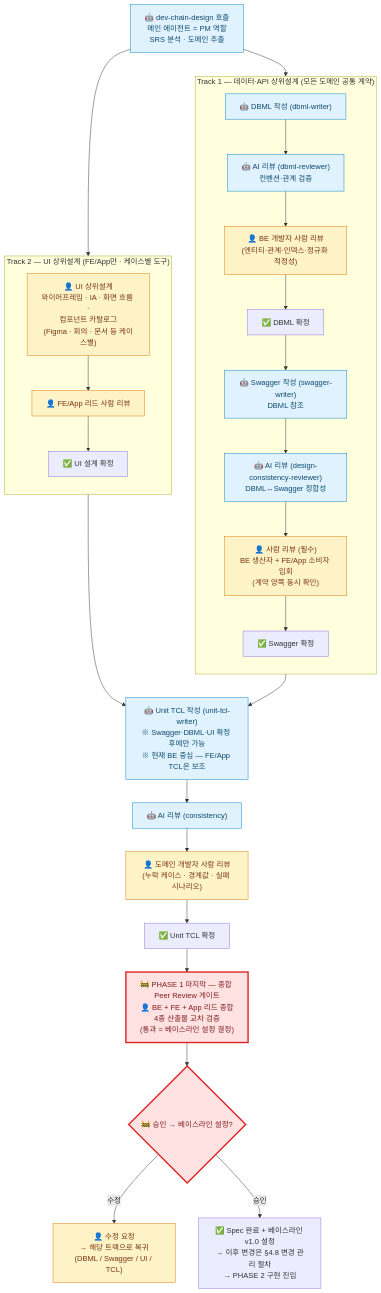
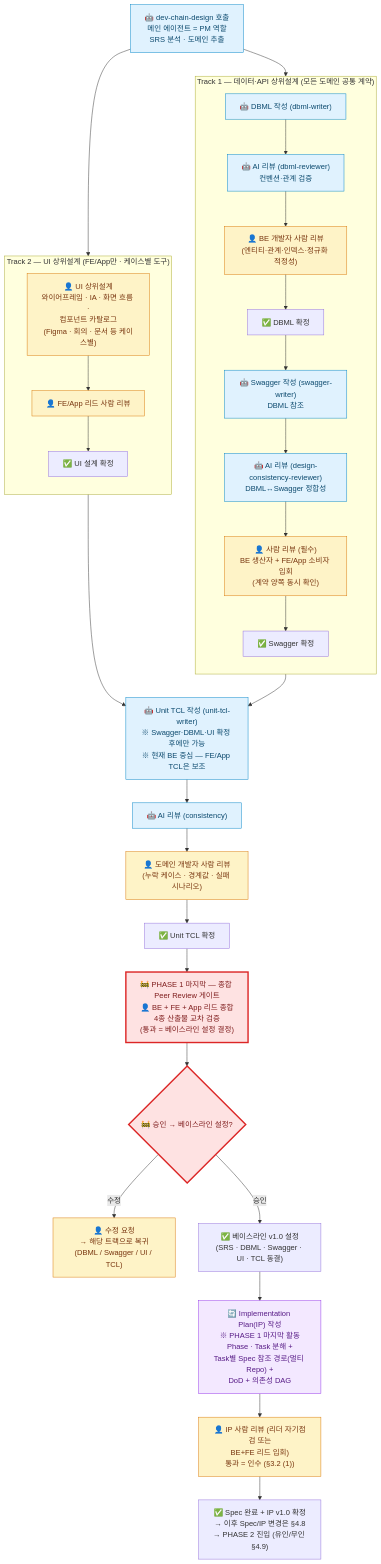
One commit to gracegyu/munto-dev-assistant-report changed the fifth of 9 diagrams in reports/2026-05-harness-TO-BE.md. Above: the diagram before and after it, drawn with Mermaid. The commit also changed other lines of this file and 5 other files, not shown here.

````diff
--- a/reports/2026-05-harness-TO-BE.md
+++ b/reports/2026-05-harness-TO-BE.md
@@ -451,50 +453,53 @@
 ```mermaid
 flowchart TD
     START["🤖 dev-chain-design 호출<br/>메인 에이전트 = PM 역할<br/>SRS 분석 · 도메인 추출"]:::ai
 
     subgraph T1 ["Track 1 — 데이터·API 상위설계 (모든 도메인 공통 계약)"]
         direction TB
         D1["🤖 DBML 작성 (dbml-writer)"]:::ai
         D2["🤖 AI 리뷰 (dbml-reviewer)<br/>컨벤션·관계 검증"]:::ai
         D3["👤 BE 개발자 사람 리뷰<br/>(엔티티·관계·인덱스·정규화 적정성)"]:::human
         D4["✅ DBML 확정"]
         S1["🤖 Swagger 작성 (swagger-writer)<br/>DBML 참조"]:::ai
         S2["🤖 AI 리뷰 (design-consistency-reviewer)<br/>DBML↔Swagger 정합성"]:::ai
         S3["👤 사람 리뷰 (필수)<br/>BE 생산자 + FE/App 소비자 입회<br/>(계약 양쪽 동시 확인)"]:::human
         S4["✅ Swagger 확정"]
 
         D1 --> D2 --> D3 --> D4 --> S1 --> S2 --> S3 --> S4
     end
 
     subgraph T2 ["Track 2 — UI 상위설계 (FE/App만 · 케이스별 도구)"]
         direction TB
         U1["👤 UI 상위설계<br/>와이어프레임 · IA · 화면 흐름 ·<br/>컴포넌트 카탈로그<br/>(Figma · 회의 · 문서 등 케이스별)"]:::human
         U2["👤 FE/App 리드 사람 리뷰"]:::human
         U3["✅ UI 설계 확정"]
 
         U1 --> U2 --> U3
     end
 
     T3["🤖 Unit TCL 작성 (unit-tcl-writer)<br/>※ Swagger·DBML·UI 확정 후에만 가능<br/>※ 현재 BE 중심 — FE/App TCL은 보조"]:::ai
     T4["🤖 AI 리뷰 (consistency)"]:::ai
     T5["👤 도메인 개발자 사람 리뷰<br/>(누락 케이스 · 경계값 · 실패 시나리오)"]:::human
     T6["✅ Unit TCL 확정"]
 
     GATE["🚧 PHASE 1 마지막 — 종합 Peer Review 게이트<br/>👤 BE + FE + App 리드 종합<br/>4종 산출물 교차 검증<br/>(통과 = 베이스라인 설정 결정)"]:::gate
     GDEC{"🚧 승인 → 베이스라인 설정?"}:::gate
     GFIX["👤 수정 요청<br/>→ 해당 트랙으로 복귀<br/>(DBML / Swagger / UI / TCL)"]:::human
-    DONE["✅ Spec 완료 + 베이스라인 v1.0 설정<br/>→ 이후 변경은 §4.8 변경 관리 절차<br/>→ PHASE 2 구현 진입"]
+    BASE["✅ 베이스라인 v1.0 설정<br/>(SRS · DBML · Swagger · UI · TCL 동결)"]
+    IP1["🔄 Implementation Plan(IP) 작성<br/>※ PHASE 1 마지막 활동<br/>Phase · Task 분해 +<br/>Task별 Spec 참조 경로(멀티 Repo) +<br/>DoD + 의존성 DAG"]:::collab
+    IP2["👤 IP 사람 리뷰 (리더 자기점검 또는<br/>BE+FE 리드 입회)<br/>통과 = 인수 (§3.2 (1))"]:::human
+    DONE["✅ Spec 완료 + IP v1.0 확정<br/>→ 이후 Spec/IP 변경은 §4.8<br/>→ PHASE 2 진입 (유인/무인 §4.9)"]
 
     START --> D1
     START --> U1
     S4 --> T3
     U3 --> T3
     T3 --> T4 --> T5 --> T6 --> GATE --> GDEC
     GDEC -- "수정" --> GFIX
-    GDEC -- "승인" --> DONE
+    GDEC -- "승인" --> BASE --> IP1 --> IP2 --> DONE
 
     classDef ai fill:#e0f2fe,stroke:#0284c7,color:#0c4a6e
     classDef human fill:#fef3c7,stroke:#d97706,color:#78350f
     classDef collab fill:#f3e8ff,stroke:#9333ea,color:#581c87
     classDef gate fill:#fee2e2,stroke:#dc2626,color:#7f1d1d,stroke-width:3px
 ```
````
